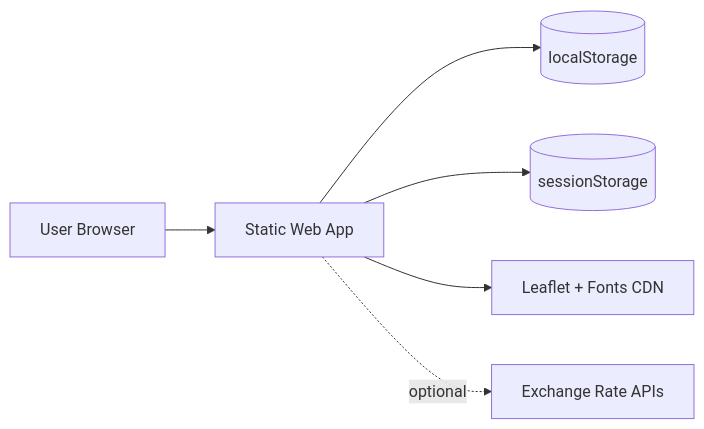
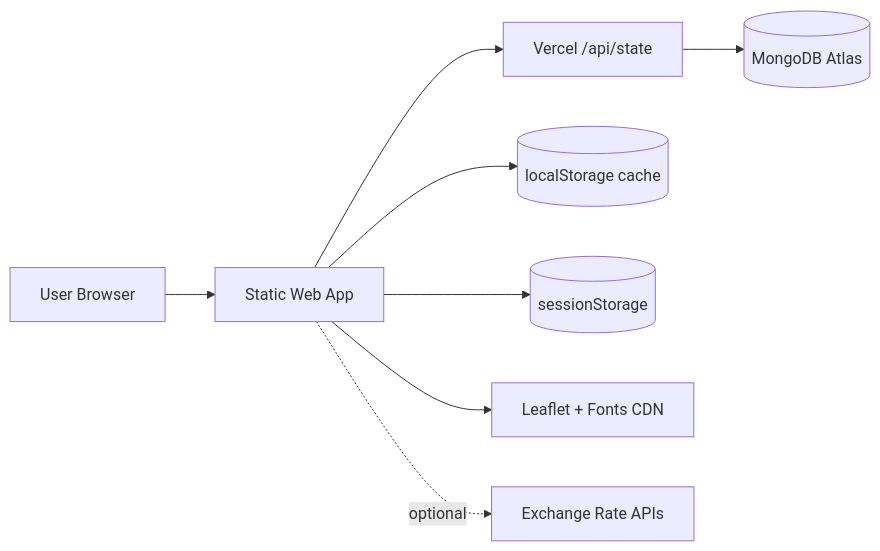
One commit to RifqiMT/pm-prioritization-tool changed the first of 5 diagrams in docs/ARCHITECTURE.md. Above: the diagram before and after it, drawn with Mermaid. The commit also changed other lines of this file and 17 other files, not shown here.

First line of the commit message:
feat(storage): persist workspace to MongoDB on Vercel via /api/state

````diff
--- a/docs/ARCHITECTURE.md
+++ b/docs/ARCHITECTURE.md
@@ -9,15 +9,19 @@
 ```mermaid
 flowchart LR
   User[User Browser]
   App[Static Web App]
-  LS[(localStorage)]
+  API[Vercel /api/state]
+  DB[(MongoDB Atlas)]
+  LS[(localStorage cache)]
   SS[(sessionStorage)]
   CDN[Leaflet + Fonts CDN]
   FX[Exchange Rate APIs]
 
   User --> App
+  App --> API
+  API --> DB
   App --> LS
   App --> SS
   App --> CDN
   App -.optional.-> FX
 ```
````
